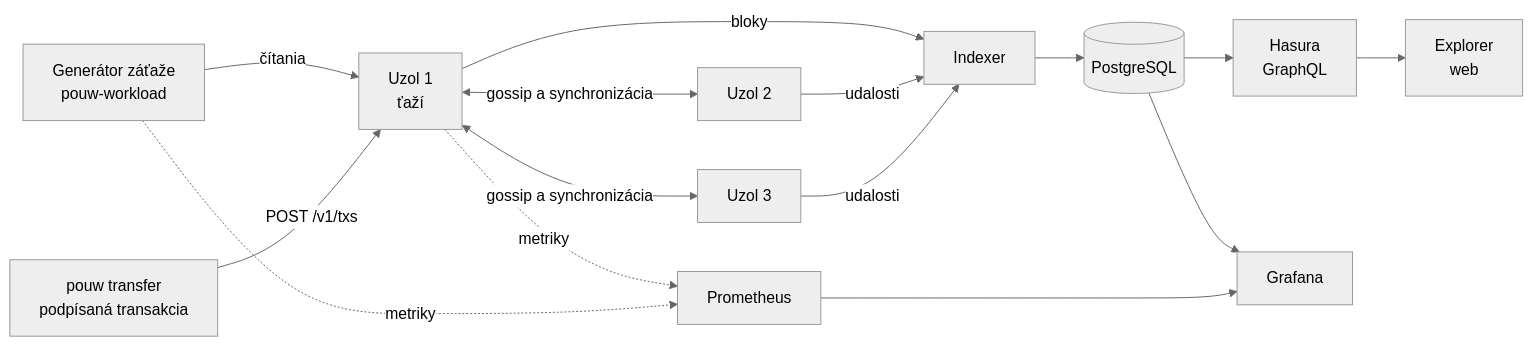
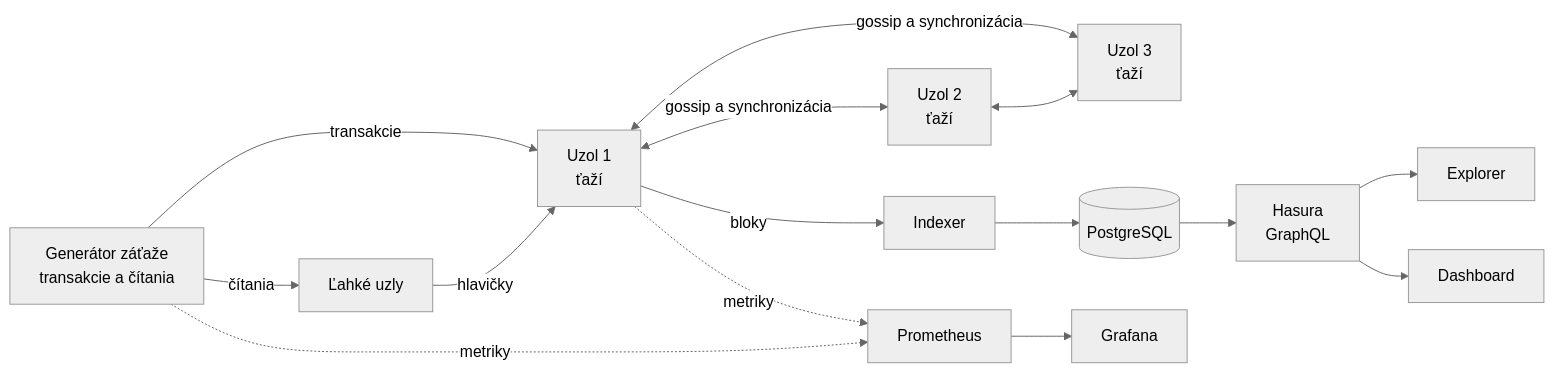
Before and after one commit to Faustynn/pouw-docs: the diagram in server/ako-to-funguje.md, drawn with Mermaid (neutral theme). The commit also changed other lines of this file and 2 other files, not shown here.

````diff
--- a/server/ako-to-funguje.md
+++ b/server/ako-to-funguje.md
@@ -42,17 +46,17 @@
 ```mermaid
 flowchart LR
-    W[Generátor záťaže<br/>pouw-workload] -- čítania --> N1
-    U[pouw transfer<br/>podpísaná transakcia] -- POST /v1/txs --> N1
-    N1[Uzol 1<br/>ťaží] <-- gossip a synchronizácia --> N2[Uzol 2]
-    N1 <-- gossip a synchronizácia --> N3[Uzol 3]
+    W[Generátor záťaže<br/>transakcie a čítania] -- transakcie --> N1
+    W -- čítania --> L[Ľahké uzly]
+    L -- hlavičky --> N1
+    N1[Uzol 1<br/>ťaží] <-- gossip a synchronizácia --> N2[Uzol 2<br/>ťaží]
+    N1 <-- gossip a synchronizácia --> N3[Uzol 3<br/>ťaží]
+    N2 <--> N3
     N1 -- bloky --> I[Indexer]
-    N2 -- udalosti --> I
-    N3 -- udalosti --> I
     I --> P[(PostgreSQL)]
     P --> H[Hasura<br/>GraphQL]
-    H --> E[Explorer<br/>web]
-    P --> G[Grafana]
-    PR[Prometheus] --> G
+    H --> E[Explorer]
+    H --> D[Dashboard]
+    PR[Prometheus] --> G[Grafana]
     N1 -. metriky .-> PR
     W -. metriky .-> PR
 ```
````
